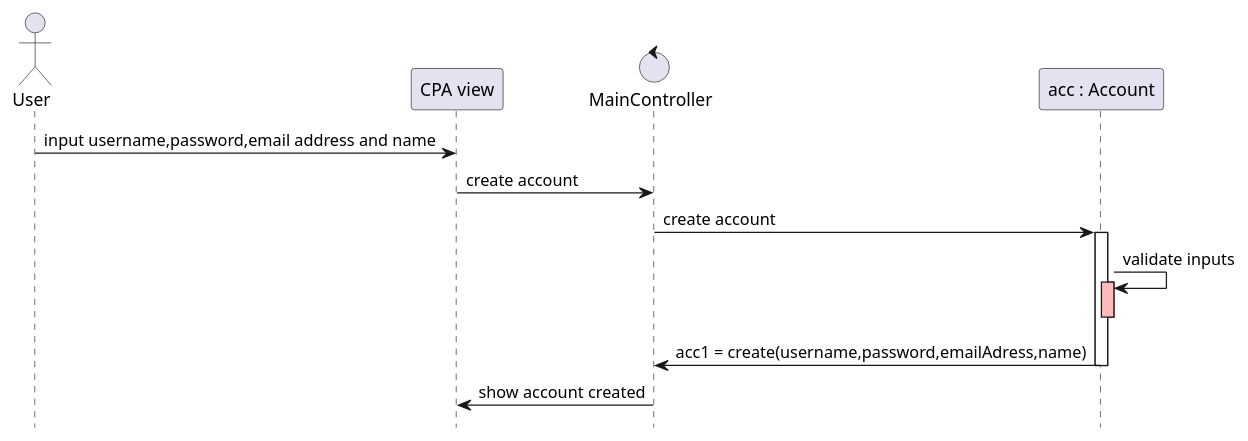
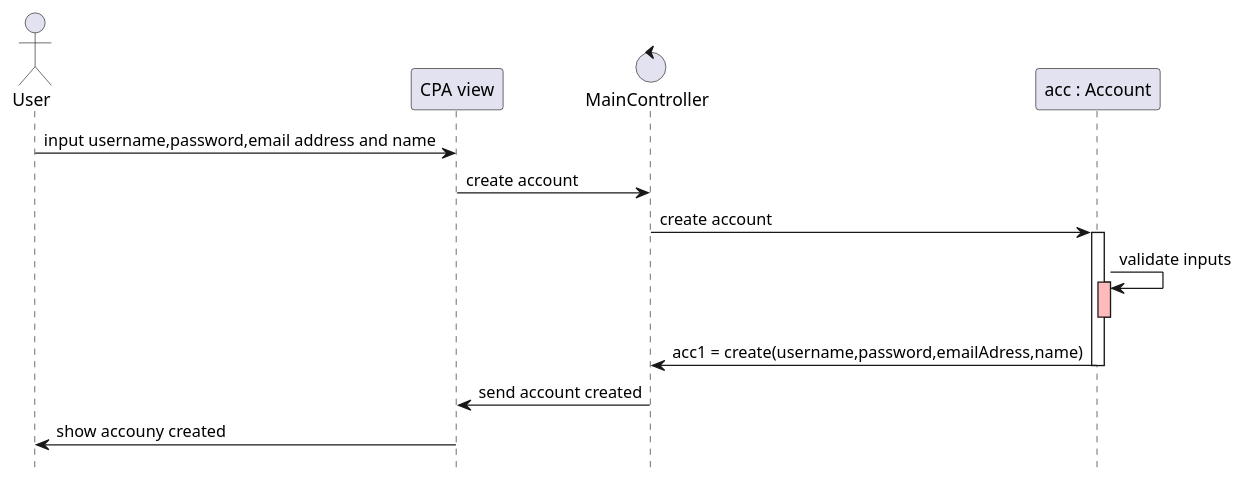
The second of 5 diagrams in doc/design.md (PriyaMulla/Carpool-Connect-VC), drawn with PlantUML before and after one commit. The commit also changed other lines of this file, not shown here.

Commit message:
Edited sequence diagrams

````diff
--- a/doc/design.md
+++ b/doc/design.md
@@ -64,30 +64,31 @@
 ```plantuml
 @startuml
 hide footbox
 
 'ACTORS
 actor User as user
 participant "CPA view" as system
 control "MainController" as controller
 participant "acc : Account" as account
 
 
 
 user -> system : input username,password,email address and name 
 system -> controller : create account
 controller -> account : create account
 
 activate account
 
 account -> account : validate inputs
 activate account #FFBBBB
 
 deactivate account
 
 account -> controller : acc1 = create(username,password,emailAdress,name)
 deactivate account
-controller -> system : show account created
+controller -> system : send account created
+system -> user : show accouny created
 
 
 @enduml
 ```
````
